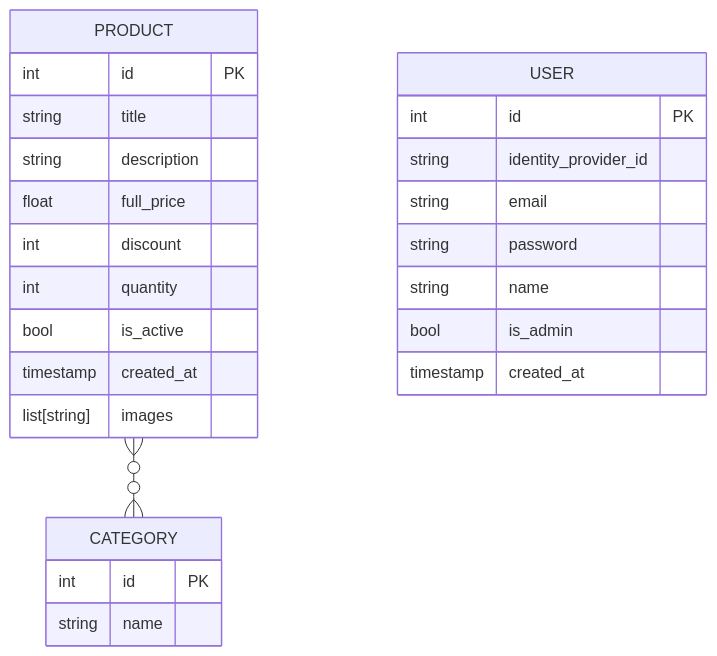
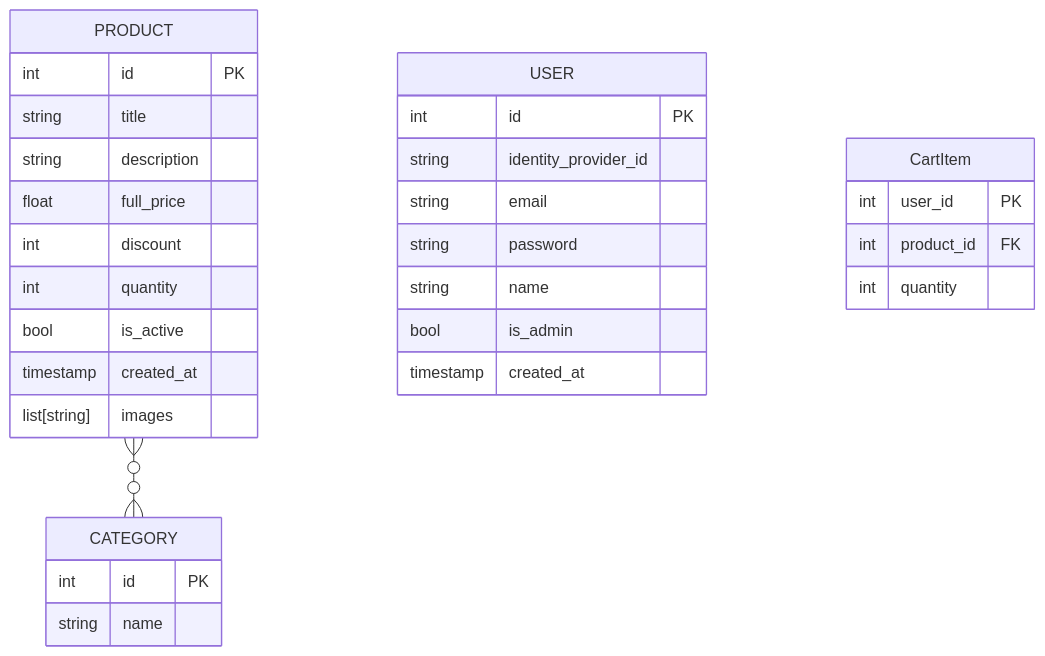
The diagram in er.md (ivan-22-3-5/e-commerce), drawn with Mermaid before and after one commit.

Commit message:
docs(er): add cartitem model

````diff
--- a/er.md
+++ b/er.md
@@ -1,31 +1,37 @@
 ```mermaid
 erDiagram
     PRODUCT {
         int id PK
         string title
         string description
         float full_price
         int discount
         int quantity
         bool is_active
         timestamp created_at
         list[string] images
     }
 
     USER {
         int id PK
         string identity_provider_id
         string email 
         string password 
         string name
         bool is_admin 
         timestamp created_at
     }
     
     CATEGORY {
         int id PK
         string name
     }
 
+    CartItem {
+        int user_id PK
+        int product_id FK
+        int quantity 
+    }
+
     PRODUCT }o--o{ CATEGORY: ""
 ```
````
